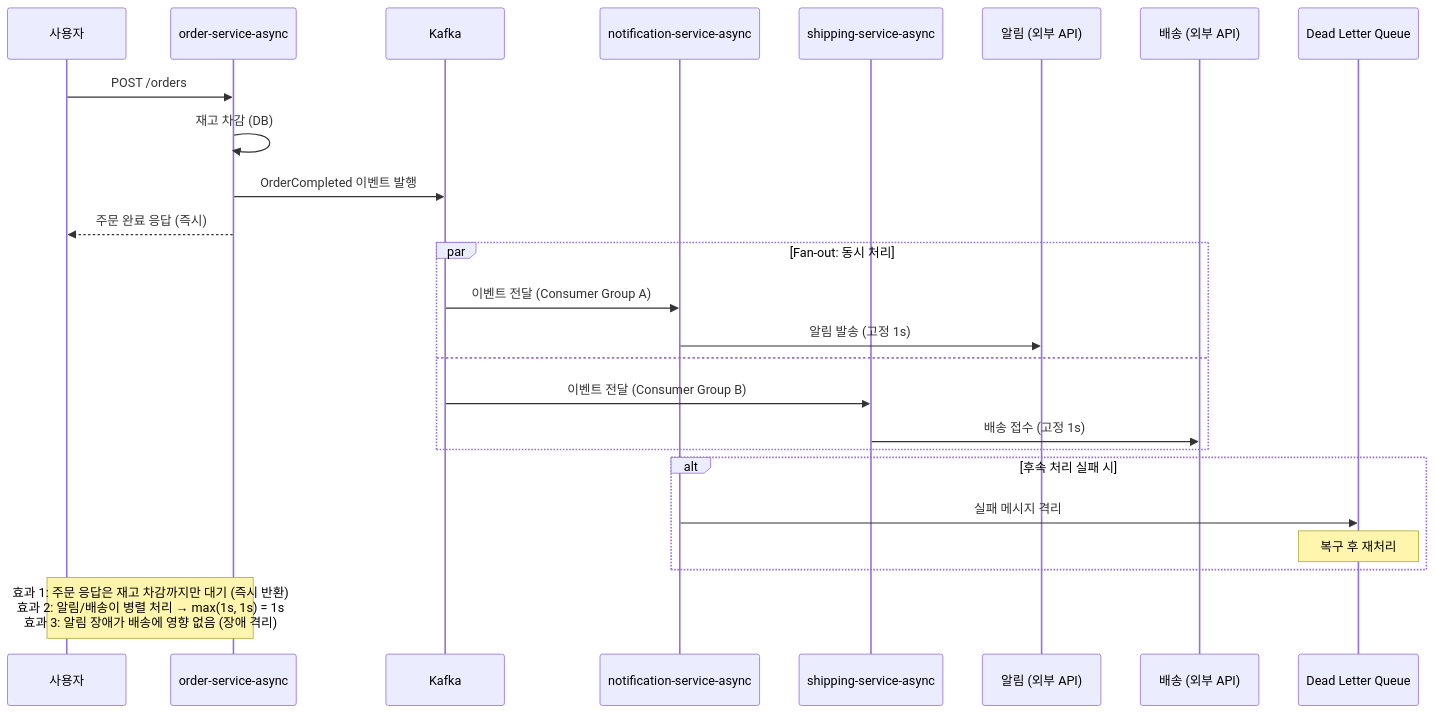
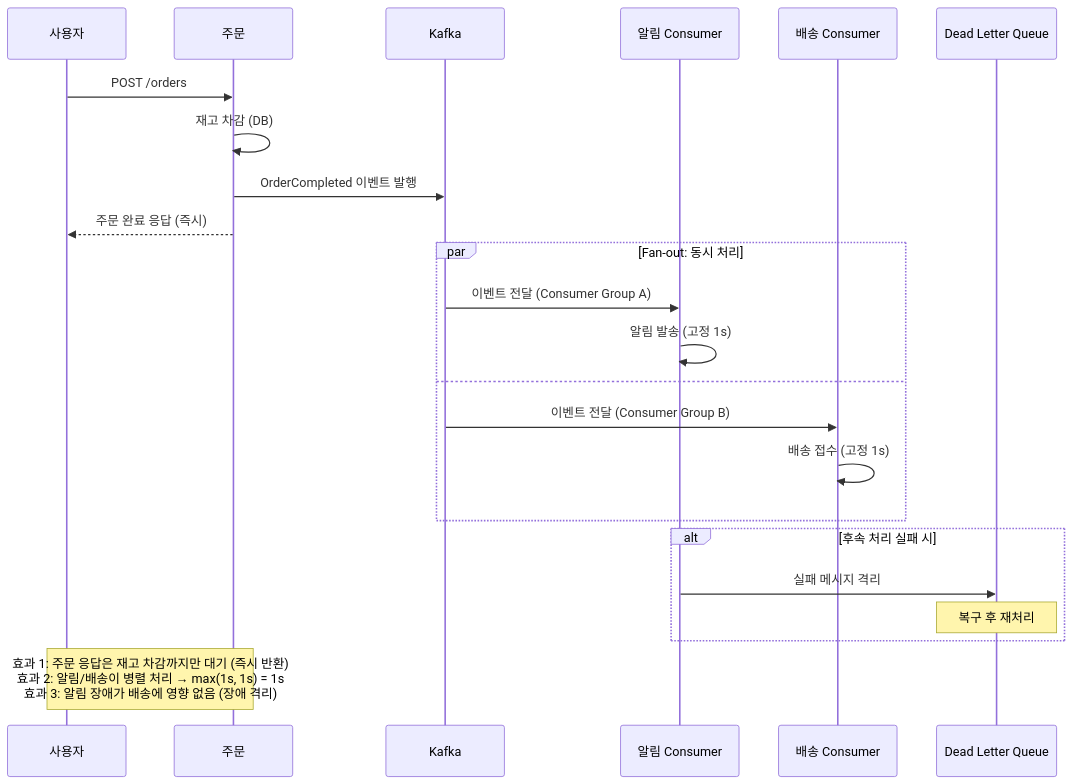
The third of 5 diagrams in docs/how-diagram.md (JuJin1324/eda-poc), drawn with Mermaid before and after one commit. The commit also changed other lines of this file, not shown here.

First line of the commit message:
docs: refine how-diagram for consistency — blocking vs fan-out framing

````diff
--- a/docs/how-diagram.md
+++ b/docs/how-diagram.md
@@ -79,31 +82,29 @@
 ```mermaid
 sequenceDiagram
     participant User as 사용자
-    participant OA as order-service-async
+    participant OA as 주문
     participant K as Kafka
-    participant NS as notification-service-async
-    participant SS as shipping-service-async
-    participant Noti as 알림 (외부 API)
-    participant Ship as 배송 (외부 API)
+    participant NA as 알림 Consumer
+    participant SA as 배송 Consumer
     participant DLQ as Dead Letter Queue
 
     User->>OA: POST /orders
     OA->>OA: 재고 차감 (DB)
     OA->>K: OrderCompleted 이벤트 발행
     OA-->>User: 주문 완료 응답 (즉시)
 
     par Fan-out: 동시 처리
-        K->>NS: 이벤트 전달 (Consumer Group A)
-        NS->>Noti: 알림 발송 (고정 1s)
+        K->>NA: 이벤트 전달 (Consumer Group A)
+        NA->>NA: 알림 발송 (고정 1s)
     and
-        K->>SS: 이벤트 전달 (Consumer Group B)
-        SS->>Ship: 배송 접수 (고정 1s)
+        K->>SA: 이벤트 전달 (Consumer Group B)
+        SA->>SA: 배송 접수 (고정 1s)
     end
 
     alt 후속 처리 실패 시
-        NS->>DLQ: 실패 메시지 격리
+        NA->>DLQ: 실패 메시지 격리
         Note over DLQ: 복구 후 재처리
     end
 
     Note over OA,User: 효과 1: 주문 응답은 재고 차감까지만 대기 (즉시 반환)<br/>효과 2: 알림/배송이 병렬 처리 → max(1s, 1s) = 1s<br/>효과 3: 알림 장애가 배송에 영향 없음 (장애 격리)
 ```
````
